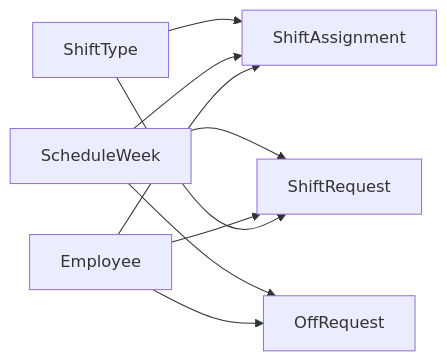
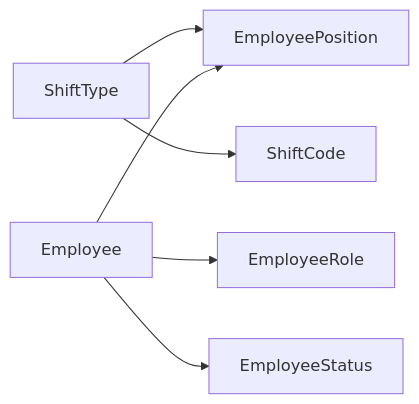
The sixth of 6 diagrams in .qoder/repowiki/en/content/Product Requirements Document/Data Model Design.md (epo33m/scheduling), drawn with Mermaid before and after one commit. The commit also changed other lines of this file and 50 other files, not shown here.

````diff
--- a/.qoder/repowiki/en/content/Product Requirements Document/Data Model Design.md
+++ b/.qoder/repowiki/en/content/Product Requirements Document/Data Model Design.md
@@ -401,11 +342,8 @@
 ```mermaid
 graph LR
-ST["ShiftType"] --> SA["ShiftAssignment"]
-SW["ScheduleWeek"] --> SA
-SW --> OR["OffRequest"]
-SW --> SR["ShiftRequest"]
-E["Employee"] --> SA
-E --> OR
-E --> SR
-ST --> SR
+ST["ShiftType"] --> EP["EmployeePosition"]
+E["Employee"] --> EP
+E --> ER["EmployeeRole"]
+E --> ES["EmployeeStatus"]
+ST --> SC["ShiftCode"]
 ```
````
